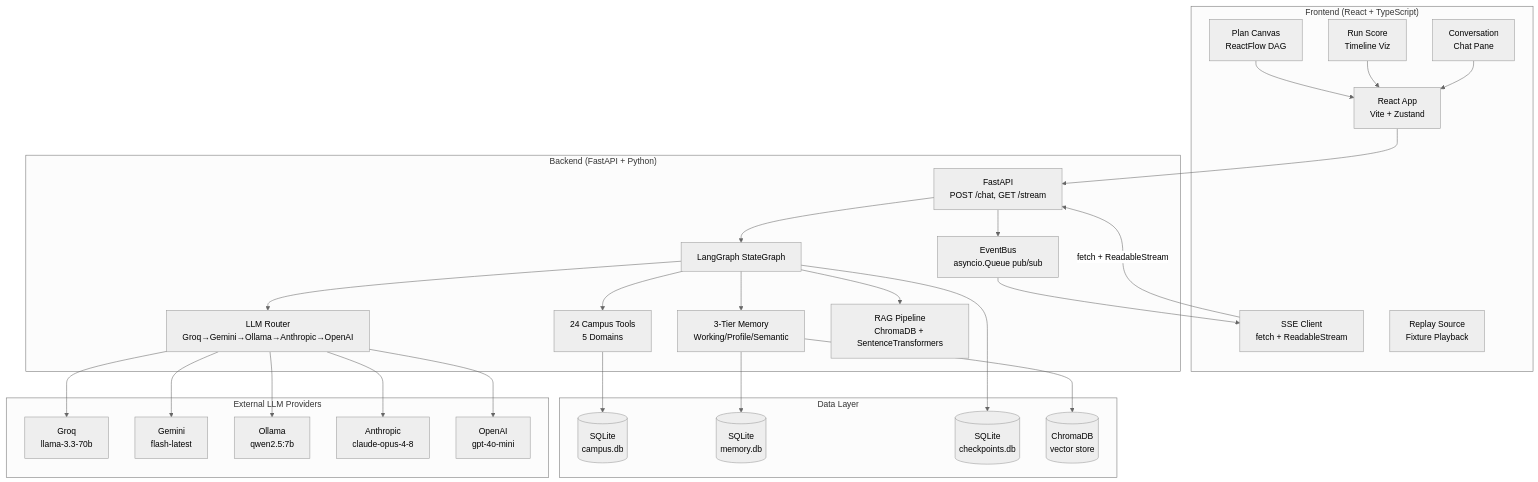
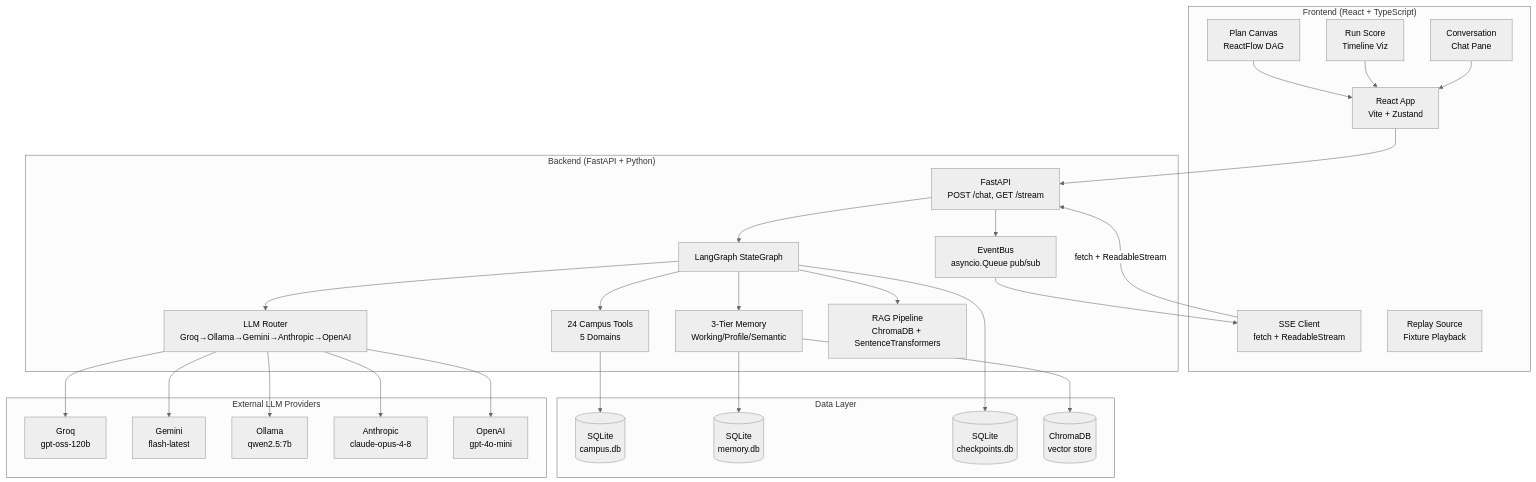
Before and after one commit to abhi6241/Sutra: the first of 5 diagrams in ARCHITECTURE.md, drawn with Mermaid (neutral theme). The commit also changed other lines of this file and 4 other files, not shown here.

First line of the commit message:
docs: align architecture docs with actual LLM router, mock-LLM removal, and tool behavior

````diff
--- a/ARCHITECTURE.md
+++ b/ARCHITECTURE.md
@@ -13,58 +13,58 @@
 ```mermaid
 graph TB
     subgraph "Frontend (React + TypeScript)"
         UI[React App<br/>Vite + Zustand]
         SSEClient[SSE Client<br/>fetch + ReadableStream]
         Replay[Replay Source<br/>Fixture Playback]
         DAG[Plan Canvas<br/>ReactFlow DAG]
         Score[Run Score<br/>Timeline Viz]
         Conv[Conversation<br/>Chat Pane]
     end
 
     subgraph "Backend (FastAPI + Python)"
         API[FastAPI<br/>POST /chat, GET /stream]
         Bus[EventBus<br/>asyncio.Queue pub/sub]
         Graph[LangGraph StateGraph]
-        LLM[LLM Router<br/>Groq→Gemini→Ollama→Anthropic→OpenAI]
+        LLM[LLM Router<br/>Groq→Ollama→Gemini→Anthropic→OpenAI]
         Tools[24 Campus Tools<br/>5 Domains]
         Memory[3-Tier Memory<br/>Working/Profile/Semantic]
         RAG[RAG Pipeline<br/>ChromaDB + SentenceTransformers]
     end
 
     subgraph "Data Layer"
         SQLite[(SQLite<br/>campus.db)]
         MemDB[(SQLite<br/>memory.db)]
         Checkpoints[(SQLite<br/>checkpoints.db)]
         Chroma[(ChromaDB<br/>vector store)]
     end
 
     subgraph "External LLM Providers"
-        Groq[Groq<br/>llama-3.3-70b]
+        Groq[Groq<br/>gpt-oss-120b]
         Gemini[Gemini<br/>flash-latest]
         Ollama[Ollama<br/>qwen2.5:7b]
         Anthropic[Anthropic<br/>claude-opus-4-8]
         OpenAI[OpenAI<br/>gpt-4o-mini]
     end
 
     UI --> API
     SSEClient -->|fetch + ReadableStream| API
     API --> Bus
     API --> Graph
     Graph --> LLM
     Graph --> Tools
     Graph --> Memory
     Graph --> RAG
     LLM --> Groq
     LLM --> Gemini
     LLM --> Ollama
     LLM --> Anthropic
     LLM --> OpenAI
     Tools --> SQLite
     Memory --> MemDB
     Memory --> Chroma
     Graph --> Checkpoints
     Bus --> SSEClient
     DAG --> UI
     Score --> UI
     Conv --> UI
 ```
````
